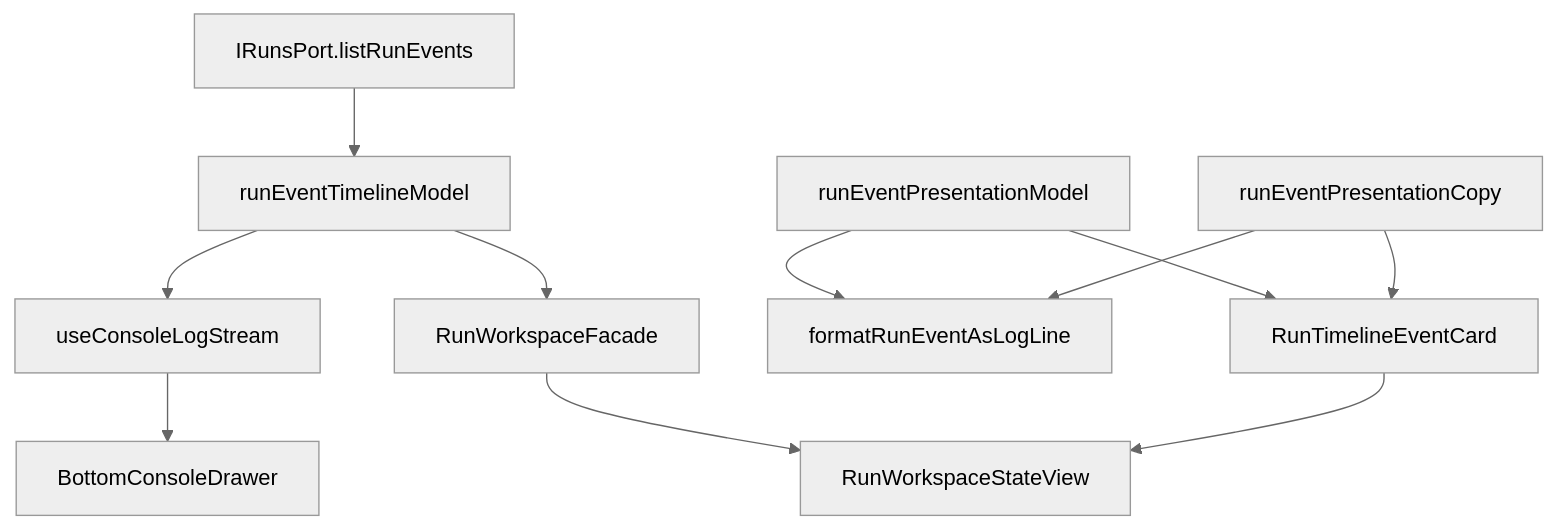
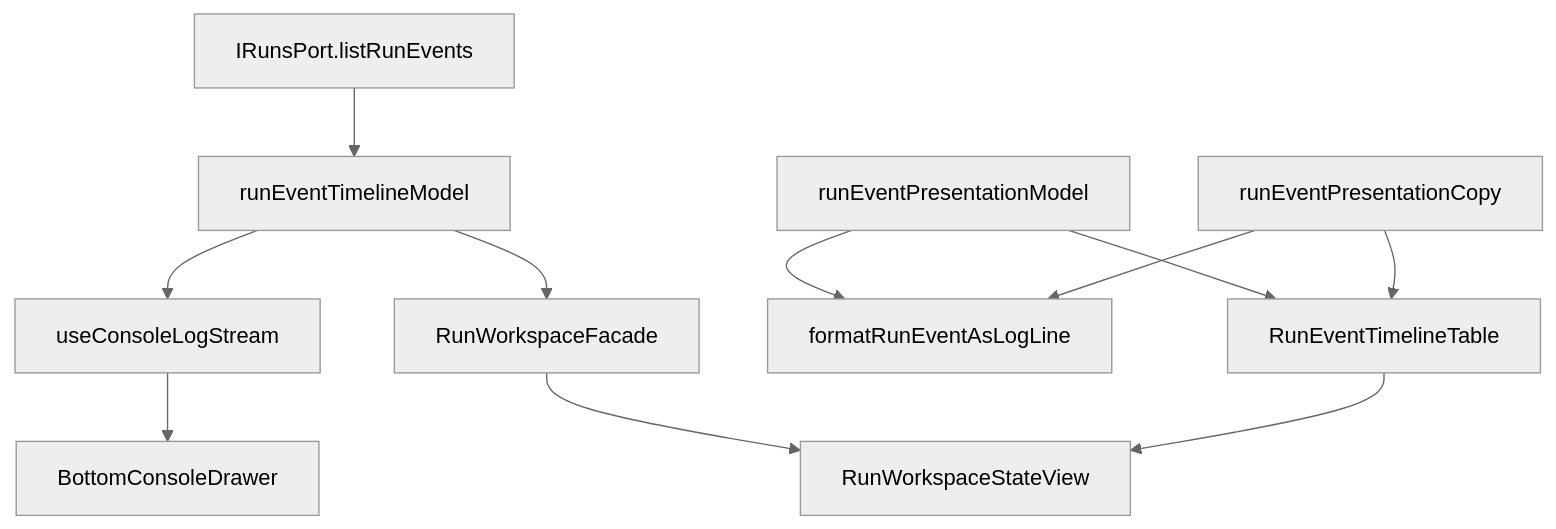
One commit to dunay2/dvt changed the second of 2 diagrams in docs/architecture/components/web/runs/run-event-timeline-component.md. Above: the diagram before and after it, drawn with Mermaid (neutral theme). The commit also changed other lines of this file and 27 other files, not shown here.

````diff
--- a/docs/architecture/components/web/runs/run-event-timeline-component.md
+++ b/docs/architecture/components/web/runs/run-event-timeline-component.md
@@ -60,15 +60,15 @@
 ```mermaid
 flowchart TB
   Port["IRunsPort.listRunEvents"] --> Model["runEventTimelineModel"]
   Model --> ConsoleHook["useConsoleLogStream"]
   Model --> Facade["RunWorkspaceFacade"]
 
   Presentation["runEventPresentationModel"] --> ConsoleFormat["formatRunEventAsLogLine"]
-  Presentation --> Card["RunTimelineEventCard"]
+  Presentation --> Table["RunEventTimelineTable"]
   Copy["runEventPresentationCopy"] --> ConsoleFormat
-  Copy --> Card
+  Copy --> Table
 
   ConsoleHook --> Drawer["BottomConsoleDrawer"]
   Facade --> Workspace["RunWorkspaceStateView"]
-  Card --> Workspace
+  Table --> Workspace
 ```
````
